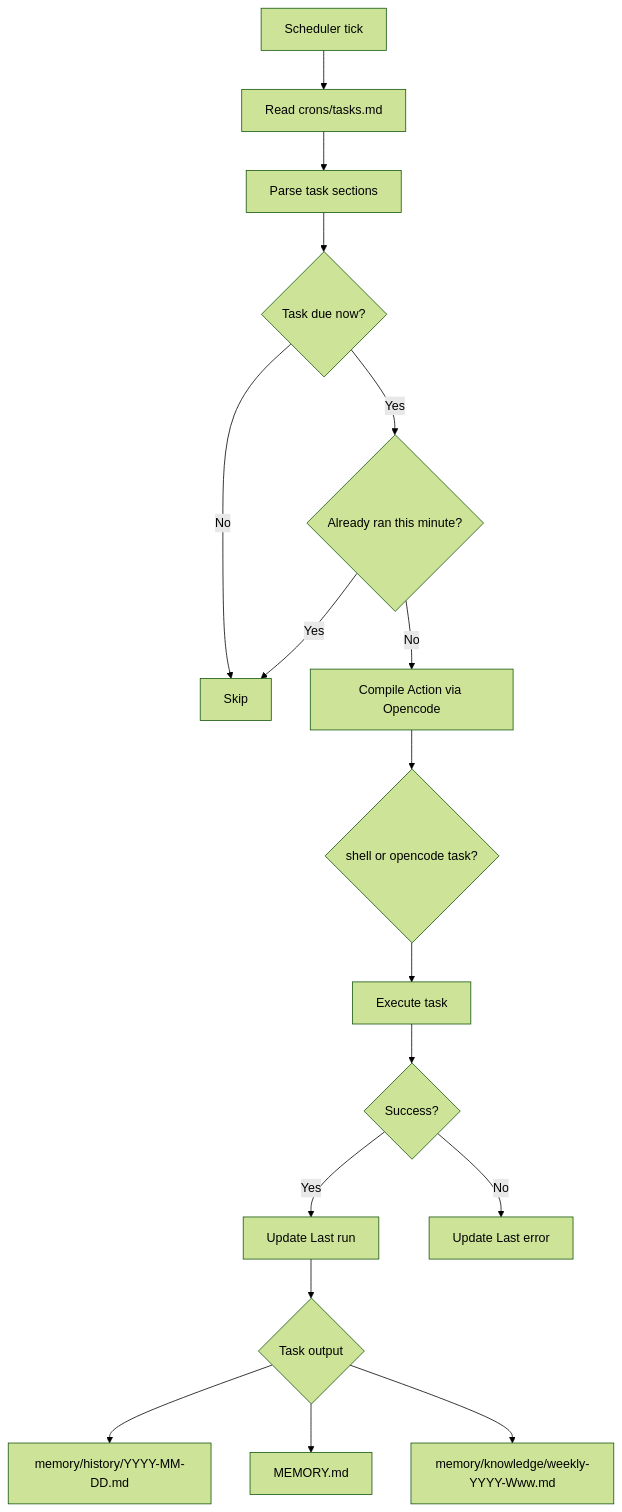
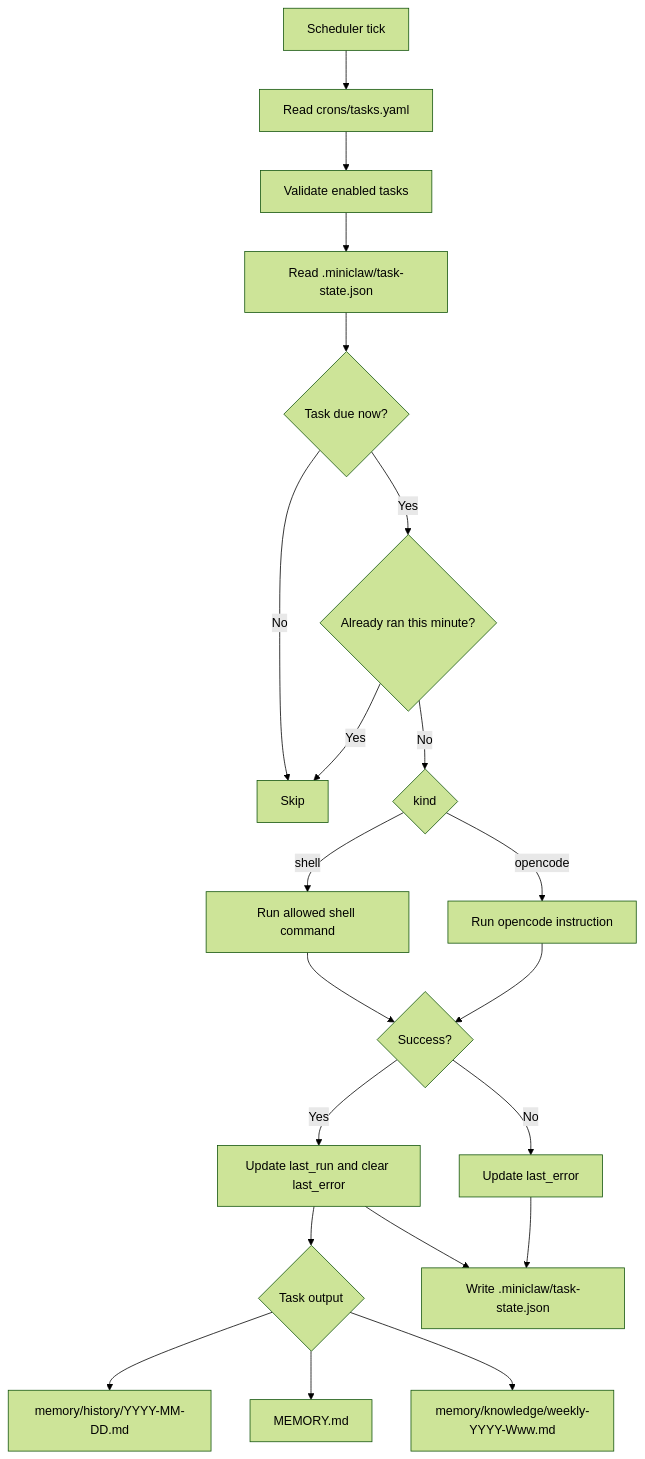
The second of 2 diagrams in docs/tasks-memory-architecture.md (vii33/AgentScheduler), drawn with Mermaid (forest theme) before and after one commit. The commit also changed other lines of this file and 1 other file, not shown here.

First line of the commit message:
docs: refresh architecture guide for updated main

````diff
--- a/docs/tasks-memory-architecture.md
+++ b/docs/tasks-memory-architecture.md
@@ -53,19 +54,23 @@
 ```mermaid
 flowchart TD
-    A[Scheduler tick] --> B[Read crons/tasks.md]
-    B --> C[Parse task sections]
-    C --> D{Task due now?}
-    D -- No --> E[Skip]
-    D -- Yes --> F{Already ran this minute?}
-    F -- Yes --> E
-    F -- No --> G[Compile Action via Opencode]
-    G --> H{shell or opencode task?}
-    H --> I[Execute task]
-    I --> J{Success?}
-    J -- Yes --> K[Update Last run]
-    J -- No --> L[Update Last error]
-    K --> M{Task output}
-    M --> N[memory/history/YYYY-MM-DD.md]
-    M --> O[MEMORY.md]
-    M --> P[memory/knowledge/weekly-YYYY-Www.md]
+    A[Scheduler tick] --> B[Read crons/tasks.yaml]
+    B --> C[Validate enabled tasks]
+    C --> D[Read .miniclaw/task-state.json]
+    D --> E{Task due now?}
+    E -- No --> F[Skip]
+    E -- Yes --> G{Already ran this minute?}
+    G -- Yes --> F
+    G -- No --> H{kind}
+    H -- shell --> I[Run allowed shell command]
+    H -- opencode --> J[Run opencode instruction]
+    I --> K{Success?}
+    J --> K
+    K -- Yes --> L[Update last_run and clear last_error]
+    K -- No --> M[Update last_error]
+    L --> N{Task output}
+    N --> O[memory/history/YYYY-MM-DD.md]
+    N --> P[MEMORY.md]
+    N --> Q[memory/knowledge/weekly-YYYY-Www.md]
+    L --> R[Write .miniclaw/task-state.json]
+    M --> R
 ```
````
